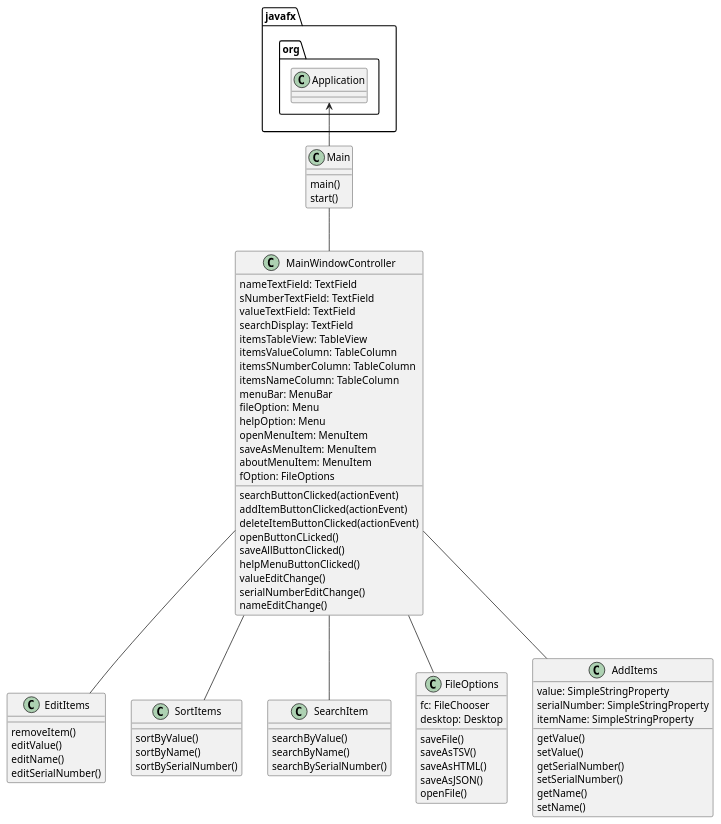
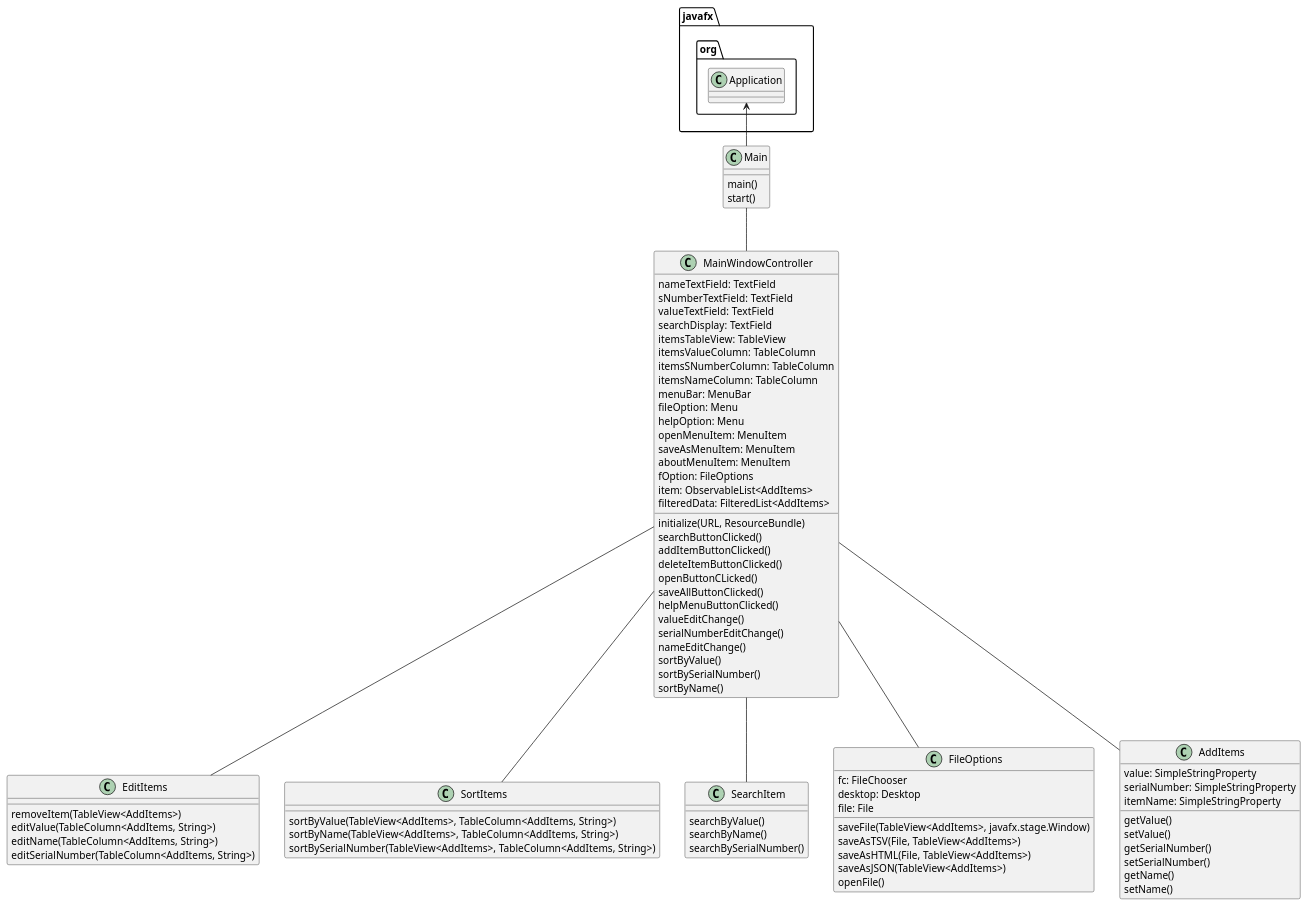
One commit to martucciv/martucci-7308-a5 changed the diagram in uml/Assignment5.puml. Above: the diagram before and after it, drawn with PlantUML. The commit also changed 2 other files, not shown here.

Commit message:
Updated uml

```diff
--- a/uml/Assignment5.puml
+++ b/uml/Assignment5.puml
@@ -1,87 +1,94 @@
 @startuml
 
 javafx.org.Application <-- Main
 Main -- MainWindowController
 MainWindowController -- EditItems
 MainWindowController -- SortItems
 MainWindowController -- SearchItem
 MainWindowController -- FileOptions
 MainWindowController -- AddItems
 
 class Main{
     main()
     start()
 }
 
 class MainWindowController{
     nameTextField: TextField
     sNumberTextField: TextField
     valueTextField: TextField
     searchDisplay: TextField
     itemsTableView: TableView
     itemsValueColumn: TableColumn
     itemsSNumberColumn: TableColumn
     itemsNameColumn: TableColumn
     menuBar: MenuBar
     fileOption: Menu
     helpOption: Menu
     openMenuItem: MenuItem
     saveAsMenuItem: MenuItem
     aboutMenuItem: MenuItem
     fOption: FileOptions
+    item: ObservableList<AddItems>
+    filteredData: FilteredList<AddItems>
 
-    searchButtonClicked(actionEvent)
-    addItemButtonClicked(actionEvent)
-    deleteItemButtonClicked(actionEvent)
+    initialize(URL, ResourceBundle)
+    searchButtonClicked()
+    addItemButtonClicked()
+    deleteItemButtonClicked()
     openButtonCLicked()
     saveAllButtonClicked()
     helpMenuButtonClicked()
     valueEditChange()
     serialNumberEditChange()
     nameEditChange()
+    sortByValue()
+    sortBySerialNumber()
+    sortByName()
 }
 
 class AddItems{
     value: SimpleStringProperty
     serialNumber: SimpleStringProperty
     itemName: SimpleStringProperty
 
     getValue()
     setValue()
     getSerialNumber()
     setSerialNumber()
     getName()
     setName()
 }
 
 class EditItems {
-    removeItem()
-    editValue()
-    editName()
-    editSerialNumber()
+    removeItem(TableView<AddItems>)
+    editValue(TableColumn<AddItems, String>)
+    editName(TableColumn<AddItems, String>)
+    editSerialNumber(TableColumn<AddItems, String>)
 }
 
 class SortItems{
-    sortByValue()
-    sortByName()
-    sortBySerialNumber()
+    sortByValue(TableView<AddItems>, TableColumn<AddItems, String>)
+    sortByName(TableView<AddItems>, TableColumn<AddItems, String>)
+    sortBySerialNumber(TableView<AddItems>, TableColumn<AddItems, String>)
 }
 
 class SearchItem{
     searchByValue()
     searchByName()
     searchBySerialNumber()
 }
 
 class FileOptions{
     fc: FileChooser
     desktop: Desktop
+    file: File
 
-    saveFile()
-    saveAsTSV()
-    saveAsHTML()
-    saveAsJSON()
+    saveFile(TableView<AddItems>, javafx.stage.Window)
+    saveAsTSV(File, TableView<AddItems>)
+    saveAsHTML(File, TableView<AddItems>)
+    saveAsJSON(TableView<AddItems>)
     openFile()
 }
 
 @enduml
```
